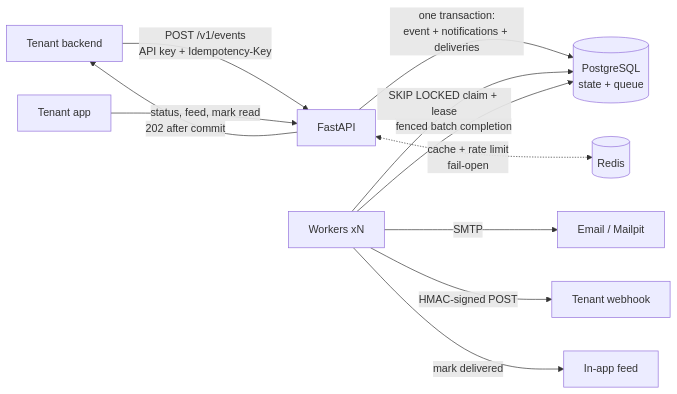
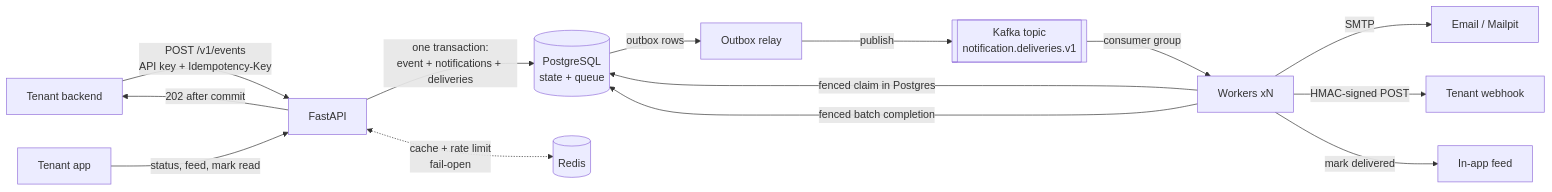
One commit to iampdt/scalable-event-notification-platform changed the diagram in README.md. Above: the diagram before and after it, drawn with Mermaid. The commit also changed other lines of this file and 4 other files, not shown here.

````diff
--- a/README.md
+++ b/README.md
@@ -13,13 +15,16 @@
 ```mermaid
 flowchart LR
   P[Tenant backend] -->|POST /v1/events<br/>API key + Idempotency-Key| API[FastAPI]
   API -->|one transaction:<br/>event + notifications + deliveries| DB[(PostgreSQL<br/>state + queue)]
   API -->|202 after commit| P
   API <-.->|cache + rate limit<br/>fail-open| R[(Redis)]
-  W[Workers xN] -->|SKIP LOCKED claim + lease| DB
+  DB -->|outbox rows| RL[Outbox relay]
+  RL -->|publish| K[[Kafka topic<br/>notification.deliveries.v1]]
+  K -->|consumer group| W[Workers xN]
+  W -->|fenced claim in Postgres| DB
   W -->|SMTP| M[Email / Mailpit]
   W -->|HMAC-signed POST| H[Tenant webhook]
   W -->|mark delivered| F[In-app feed]
   W -->|fenced batch completion| DB
   U[Tenant app] -->|status, feed, mark read| API
 ```
````
